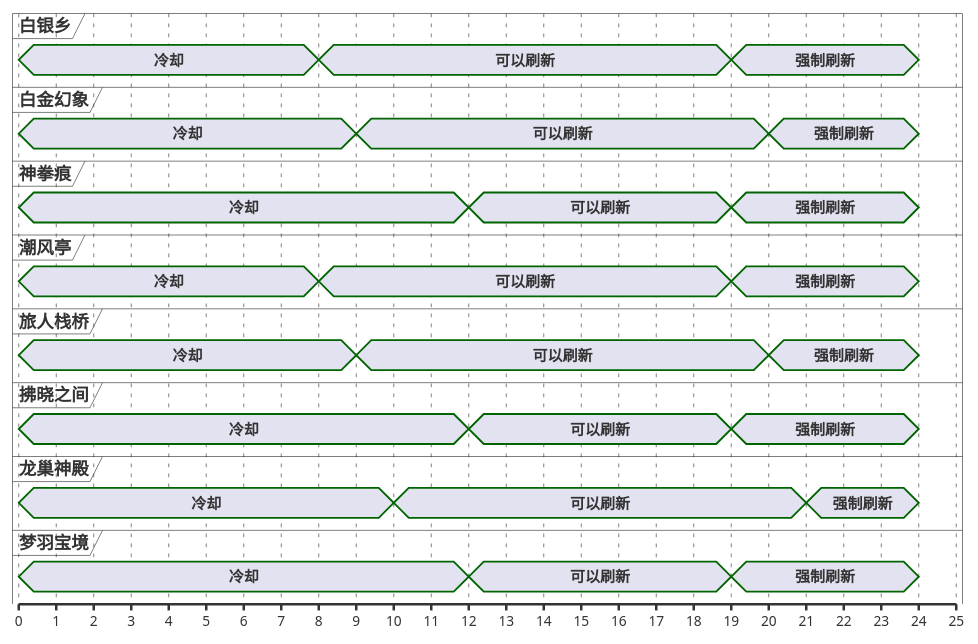
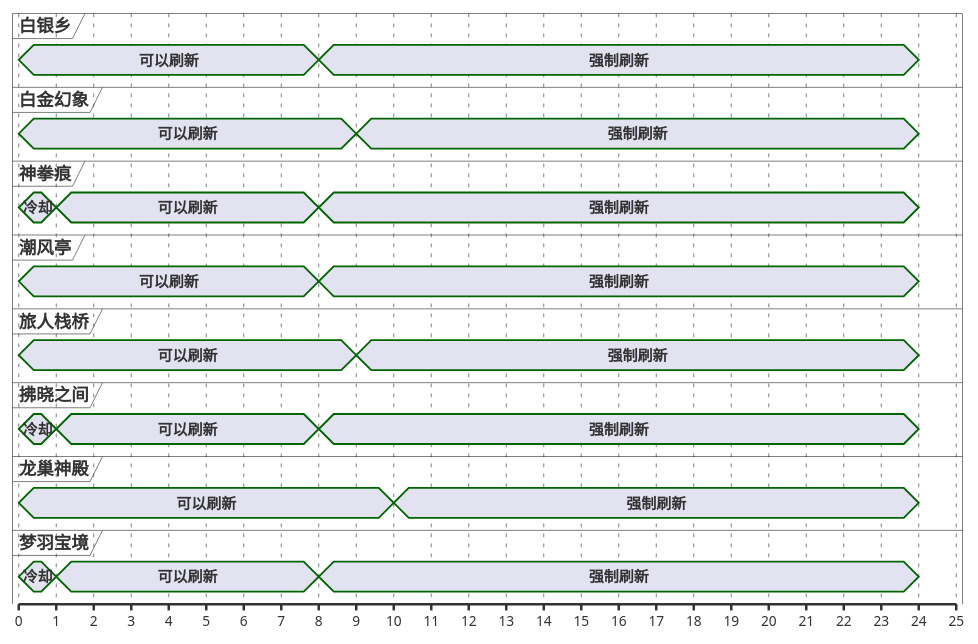
The second of 13 diagrams in ffxiv/hunt/2.0/Thousand-cast-Theda.md (Eroleice/doc-pi), drawn with PlantUML before and after one commit. The commit also changed other lines of this file and 38 other files, not shown here.

````diff
--- a/ffxiv/hunt/2.0/Thousand-cast-Theda.md
+++ b/ffxiv/hunt/2.0/Thousand-cast-Theda.md
@@ -99,63 +91,58 @@
 ```plantuml
 @startuml
 scale 1 as 30 pixels
 
 concise 白银乡
 concise 白金幻象
 concise 神拳痕
 concise 潮风亭
 concise 旅人栈桥
 concise 拂晓之间
 concise 龙巢神殿
 concise 梦羽宝境
 
 @潮风亭
-0 is 冷却
-8 is 可以刷新
-19 is 强制刷新
+0 is 可以刷新
+8 is 强制刷新
 24 is {hidden}
 
 @神拳痕
 0 is 冷却
-12 is 可以刷新
-19 is 强制刷新
+1 is 可以刷新
+8 is 强制刷新
 24 is {hidden}
 
 @拂晓之间
 0 is 冷却
-12 is 可以刷新
-19 is 强制刷新
+1 is 可以刷新
+8 is 强制刷新
 24 is {hidden}
 
 @梦羽宝境
 0 is 冷却
-12 is 可以刷新
-19 is 强制刷新
+1 is 可以刷新
+8 is 强制刷新
 24 is {hidden}
 
 @白银乡
-0 is 冷却
-8 is 可以刷新
-19 is 强制刷新
+0 is 可以刷新
+8 is 强制刷新
 24 is {hidden}
 
 @白金幻象
-0 is 冷却
-9 is 可以刷新
-20 is 强制刷新
+0 is 可以刷新
+9 is 强制刷新
 24 is {hidden}
 
 @旅人栈桥
-0 is 冷却
-9 is 可以刷新
-20 is 强制刷新
+0 is 可以刷新
+9 is 强制刷新
 24 is {hidden}
 
 @龙巢神殿
-0 is 冷却
-10 is 可以刷新
-21 is 强制刷新
+0 is 可以刷新
+10 is 强制刷新
 24 is {hidden}
 
 @enduml
 ```
````
